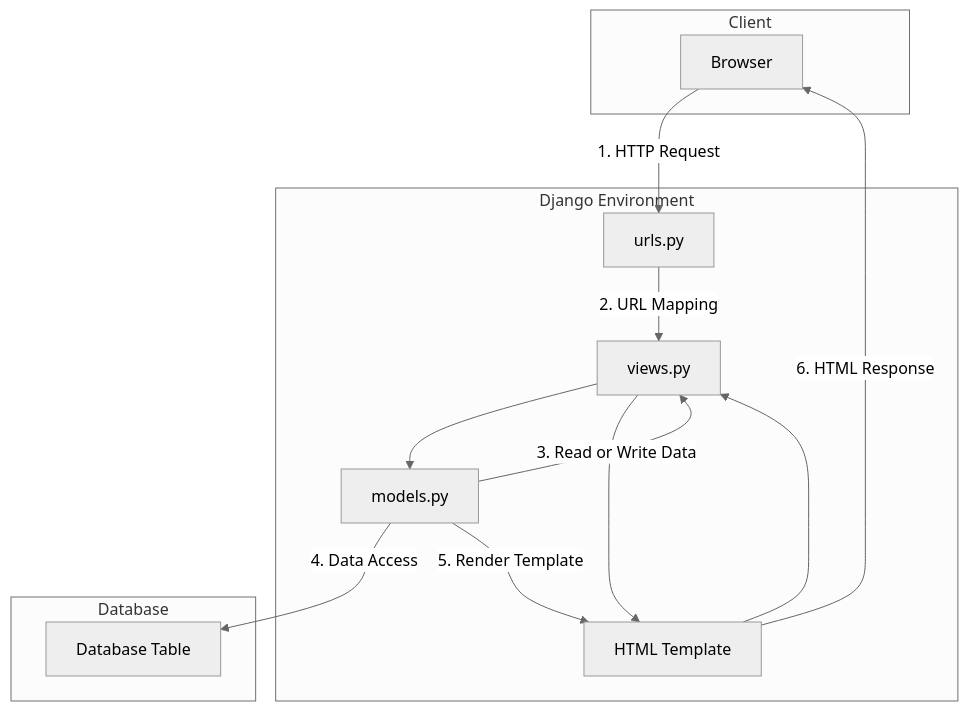
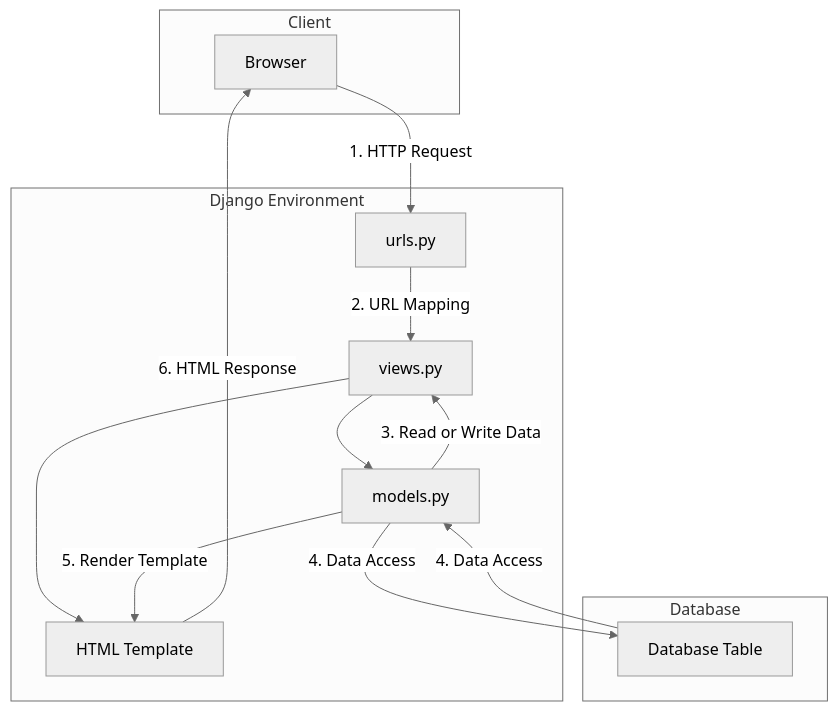
The diagram in README.md (brmntyprytm/Inventory-management-app), drawn with Mermaid (neutral theme) before and after one commit. The commit also changed other lines of this file and 5 other files, not shown here.

````diff
--- a/README.md
+++ b/README.md
@@ -35,23 +35,23 @@
 ```mermaid
   graph TD
     subgraph Client
         A[Browser]
     end
 
     subgraph Django Environment
         B[urls.py] --> |2. URL Mapping|C[views.py]
         C --> D[models.py]
         C --> E[HTML Template]
-        E --> C
     end
 
     subgraph Database
         F[Database Table]
     end
 
     A -->|1. HTTP Request| B
     D -->|3. Read or Write Data| C
     D -->|4. Data Access| F
+    F -->|4. Data Access| D
     D -->|5. Render Template| E
     E -->|6. HTML Response| A
 ```
````
